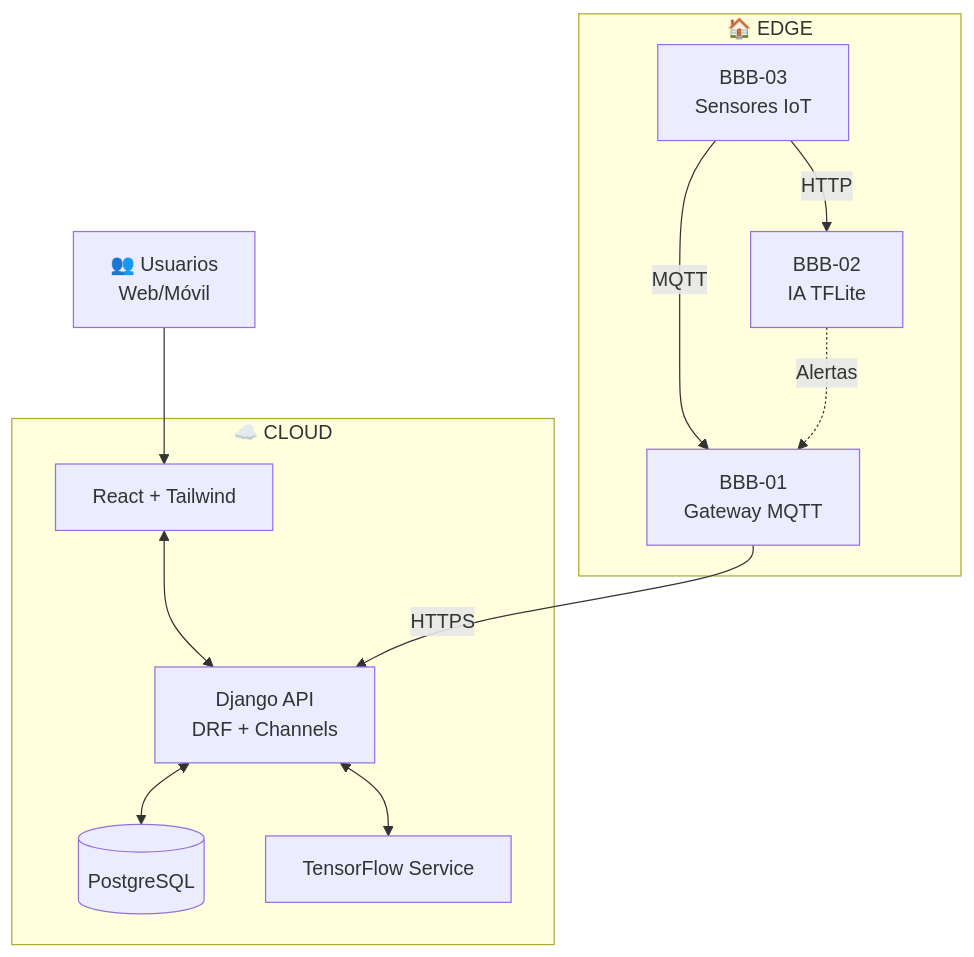
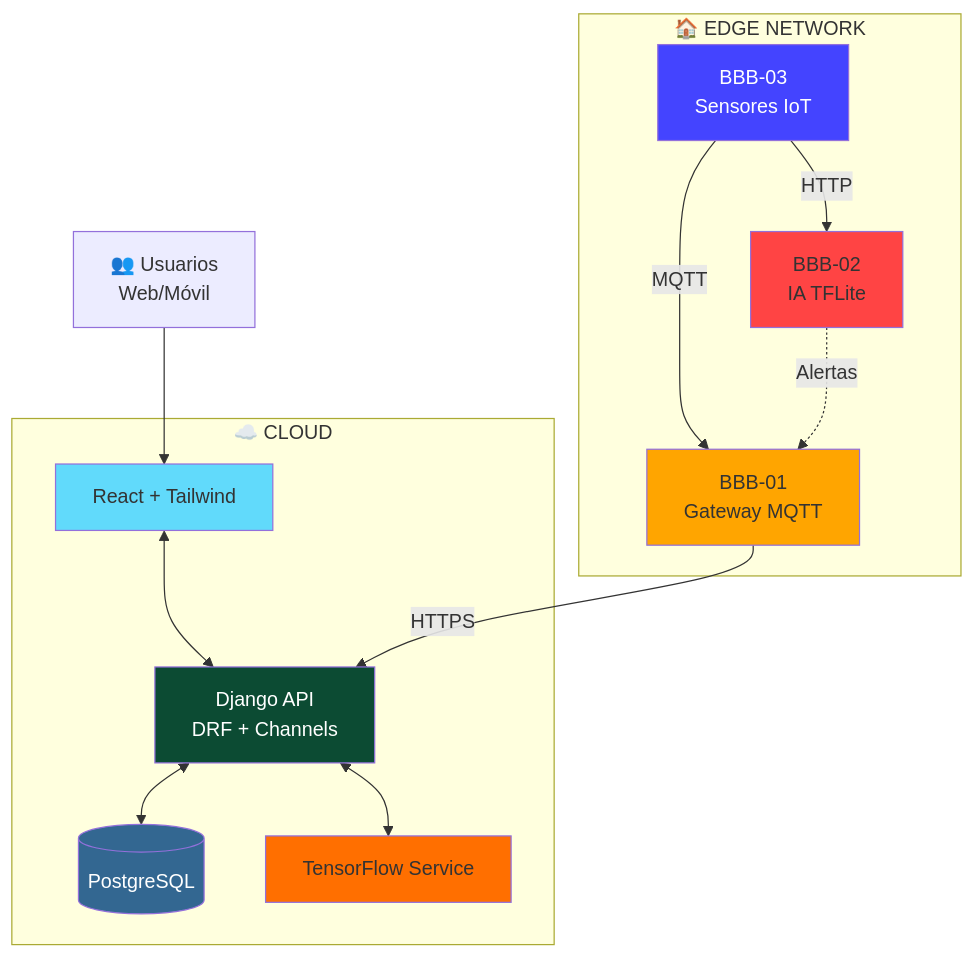
One commit to badolgm/sigcTiArural changed the diagram in README.md. Above: the diagram before and after it, drawn with Mermaid. The commit also changed other lines of this file, not shown here.

Commit message:
docs: Add Mermaid diagrams

````diff
--- a/README.md
+++ b/README.md
@@ -134,22 +148,33 @@
 ```mermaid
 graph TB
     subgraph CLOUD["☁️ CLOUD"]
         FE[React + Tailwind]
         BE[Django API<br/>DRF + Channels]
         DB[(PostgreSQL)]
         AI[TensorFlow Service]
     end
-    subgraph EDGE["🏠 EDGE"]
+    
+    subgraph EDGE["🏠 EDGE NETWORK"]
         BBB1[BBB-01<br/>Gateway MQTT]
         BBB2[BBB-02<br/>IA TFLite]
         BBB3[BBB-03<br/>Sensores IoT]
     end
+    
     U[👥 Usuarios<br/>Web/Móvil] --> FE
     FE <--> BE
     BE <--> DB
     BE <--> AI
+    
     BBB3 -->|MQTT| BBB1
     BBB3 -->|HTTP| BBB2
     BBB1 -->|HTTPS| BE
     BBB2 -.->|Alertas| BBB1
+    
+    style FE fill:#61dafb
+    style BE fill:#0c4b33,color:#fff
+    style DB fill:#336791,color:#fff
+    style AI fill:#ff6f00
+    style BBB1 fill:#ffa500
+    style BBB2 fill:#ff4444
+    style BBB3 fill:#4444ff,color:#fff
 ```
````
